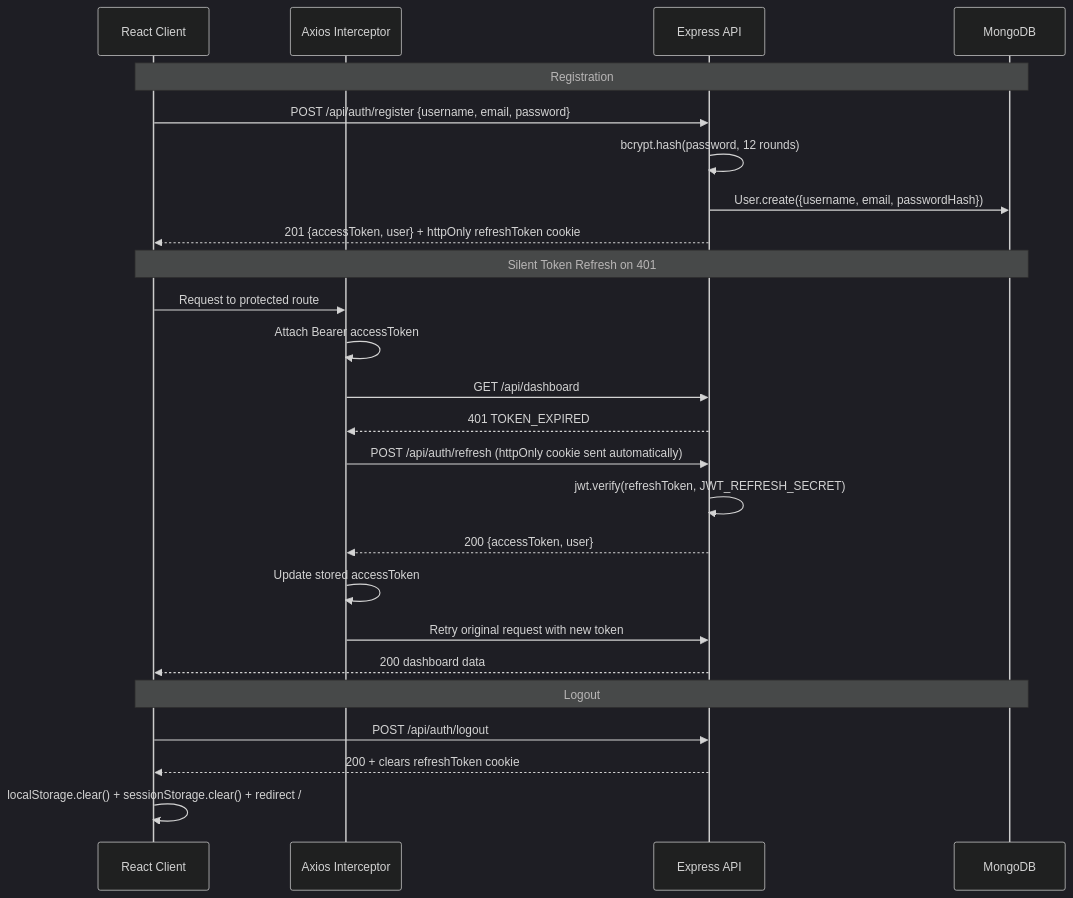
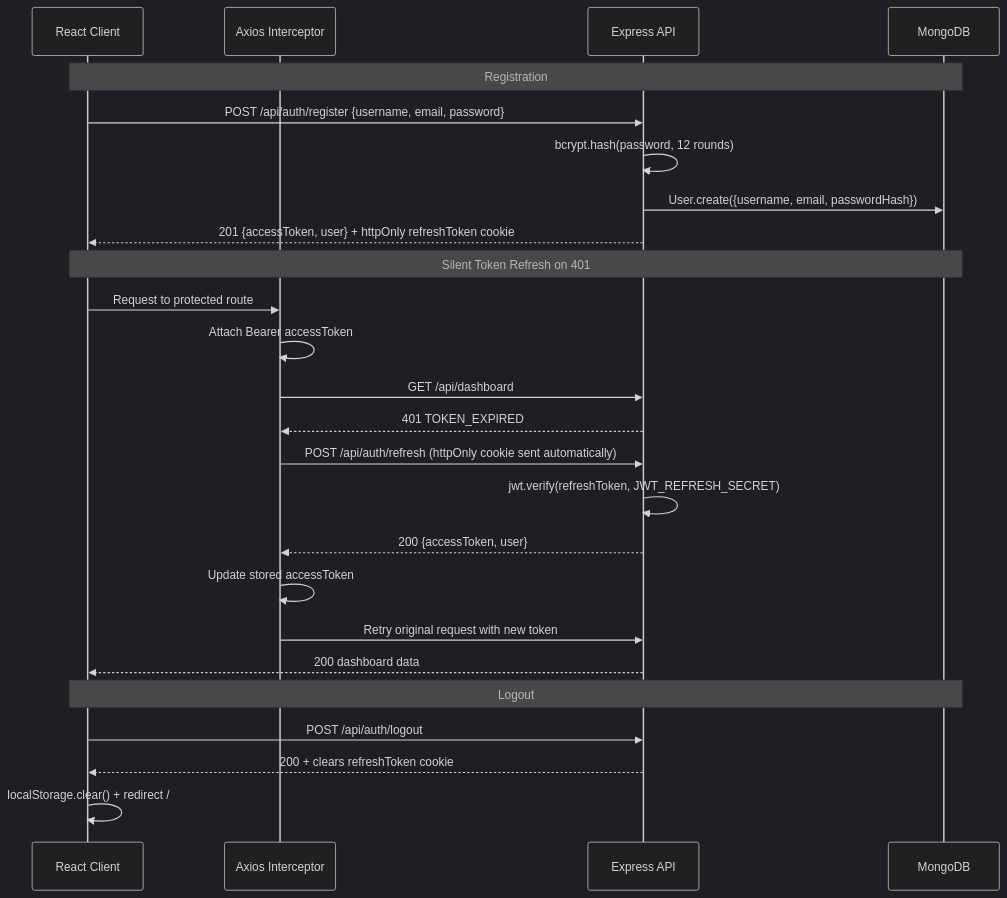
The diagram in Readme.md (GJBarhate/peercode), drawn with Mermaid (dark theme) before and after one commit. The commit also changed other lines of this file and 180 other files, not shown here.

````diff
--- a/Readme.md
+++ b/Readme.md
@@ -285,30 +202,30 @@
 ```mermaid
 sequenceDiagram
     participant C as React Client
     participant A as Axios Interceptor
     participant API as Express API
     participant DB as MongoDB
 
     Note over C,DB: Registration
     C->>API: POST /api/auth/register {username, email, password}
     API->>API: bcrypt.hash(password, 12 rounds)
     API->>DB: User.create({username, email, passwordHash})
     API-->>C: 201 {accessToken, user} + httpOnly refreshToken cookie
 
     Note over C,DB: Silent Token Refresh on 401
     C->>A: Request to protected route
     A->>A: Attach Bearer accessToken
     A->>API: GET /api/dashboard
     API-->>A: 401 TOKEN_EXPIRED
     A->>API: POST /api/auth/refresh (httpOnly cookie sent automatically)
     API->>API: jwt.verify(refreshToken, JWT_REFRESH_SECRET)
     API-->>A: 200 {accessToken, user}
     A->>A: Update stored accessToken
     A->>API: Retry original request with new token
     API-->>C: 200 dashboard data
 
     Note over C,DB: Logout
     C->>API: POST /api/auth/logout
     API-->>C: 200 + clears refreshToken cookie
-    C->>C: localStorage.clear() + sessionStorage.clear() + redirect /
+    C->>C: localStorage.clear() + redirect /
 ```
````
